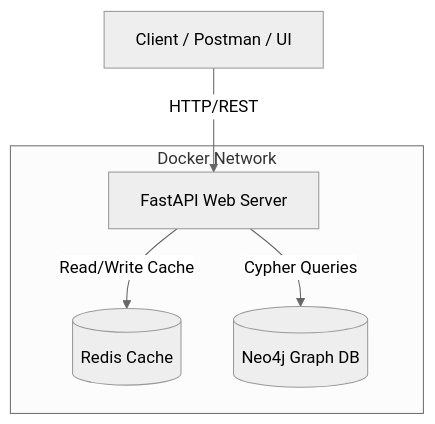
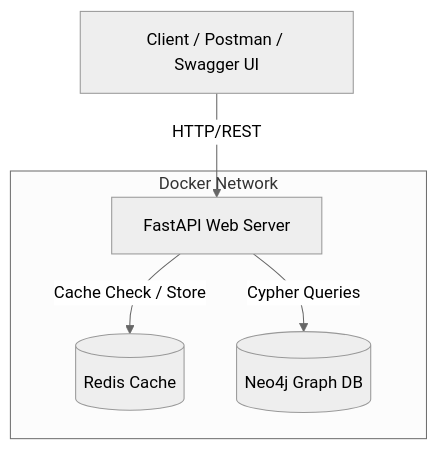
One commit to vivek-pippalla/social-network-pathfinding changed the diagram in documentation/architecture.md. Above: the diagram before and after it, drawn with Mermaid (neutral theme). The commit also changed other lines of this file and 27 other files, not shown here.

````diff
--- a/documentation/architecture.md
+++ b/documentation/architecture.md
@@ -7,12 +7,12 @@
 ```mermaid
 graph TD
-    Client[Client / Postman / UI] -->|HTTP/REST| API[FastAPI Web Server]
-    API -->|Read/Write Cache| Redis[(Redis Cache)]
+    Client[Client / Postman / Swagger UI] -->|HTTP/REST| API[FastAPI Web Server]
+    API -->|Cache Check / Store| Redis[(Redis Cache)]
     API -->|Cypher Queries| Neo4j[(Neo4j Graph DB)]
-    
+
     subgraph Docker Network
     API
     Redis
     Neo4j
     end
 ```
````
